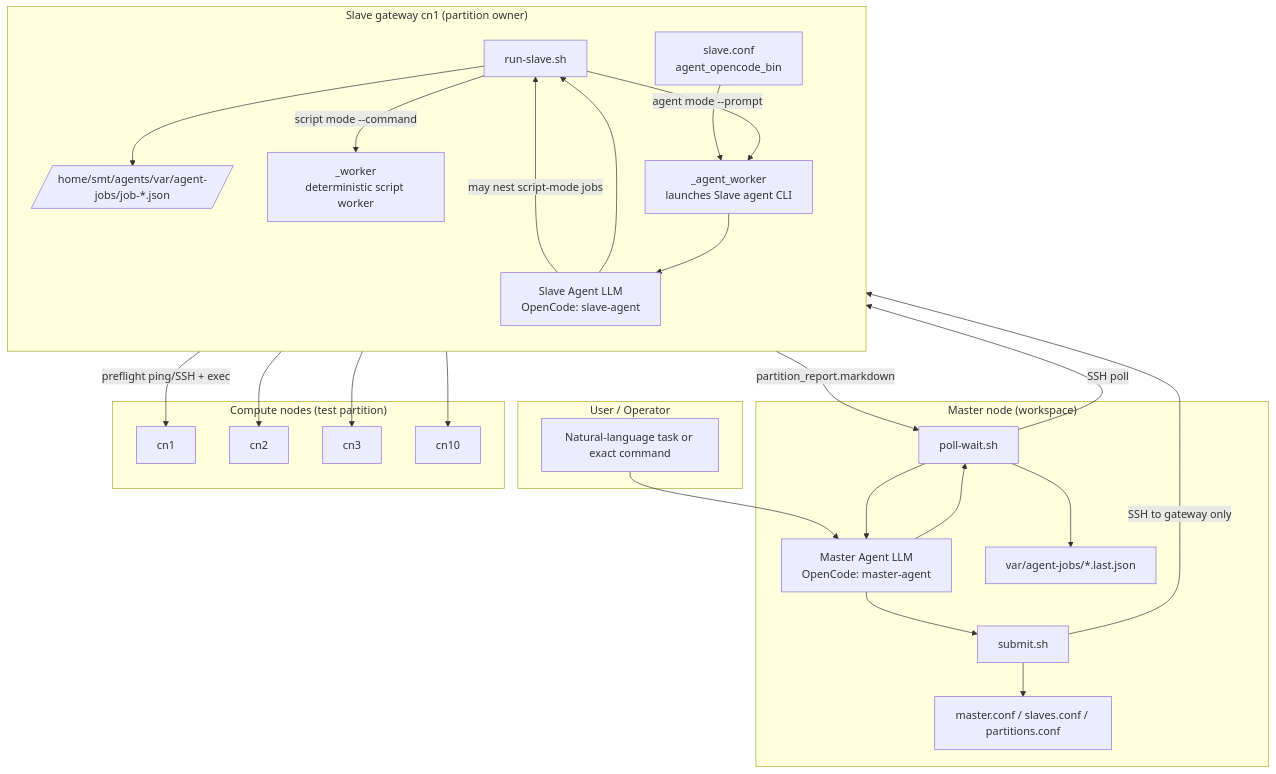
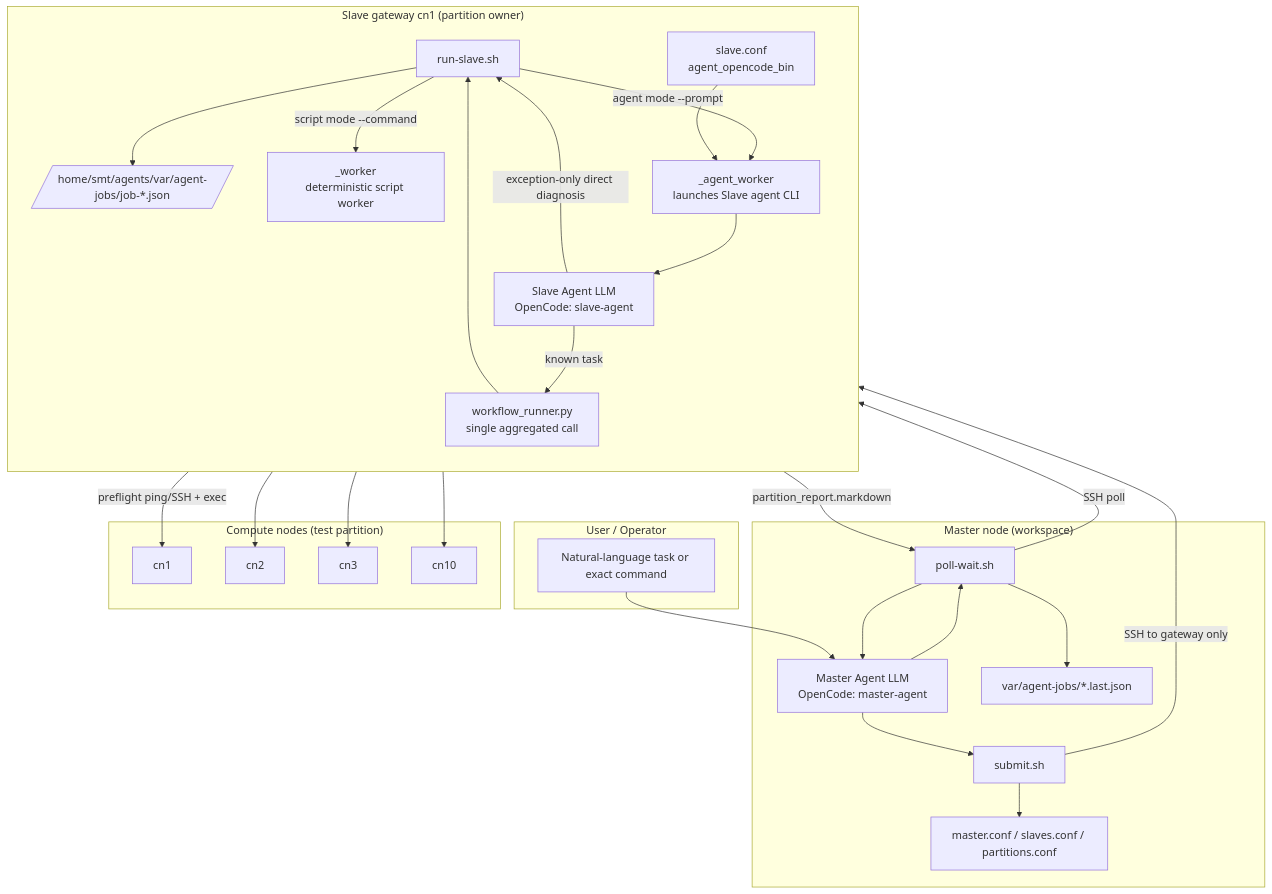
The first of 4 diagrams in docs/architecture.md (voidspiral/ClusterHelm), drawn with Mermaid before and after one commit. The commit also changed other lines of this file and 24 other files, not shown here.

First line of the commit message:
Fix Slave agent happy path to one deterministic workflow call.

````diff
--- a/docs/architecture.md
+++ b/docs/architecture.md
@@ -21,52 +21,54 @@
 ```mermaid
 flowchart TB
   subgraph User["User / Operator"]
     U[Natural-language task or exact command]
   end
 
   subgraph Master["Master node (workspace)"]
     MA["Master Agent LLM<br/>OpenCode: master-agent"]
     MS[submit.sh]
     MP[poll-wait.sh]
     MC[master.conf / slaves.conf / partitions.conf]
     MJ[var/agent-jobs/*.last.json]
     MA --> MS
     MA --> MP
     MS --> MC
     MP --> MJ
   end
 
   subgraph Gateway["Slave gateway cn1 (partition owner)"]
     direction TB
     RS[run-slave.sh]
     SC[slave.conf<br/>agent_opencode_bin]
     SJ[/home/smt/agents/var/agent-jobs/job-*.json/]
     SA["Slave Agent LLM<br/>OpenCode: slave-agent"]
+    WR["workflow_runner.py<br/>single aggregated call"]
     WK["_worker<br/>deterministic script worker"]
     AW["_agent_worker<br/>launches Slave agent CLI"]
     RS --> SJ
     RS -->|script mode --command| WK
     RS -->|agent mode --prompt| AW
     AW --> SA
     SC --> AW
-    SA --> RS
+    SA -->|known task| WR
+    WR --> RS
   end
 
   subgraph Nodes["Compute nodes (test partition)"]
     N1[cn1]
     N2[cn2]
     N3[cn3]
     N10[cn10]
   end
 
   U --> MA
   MS -->|SSH to gateway only| RS
   MP -->|SSH poll| RS
   WK -->|preflight ping/SSH + exec| N1
   WK --> N2
   WK --> N3
   WK --> N10
-  SA -->|may nest script-mode jobs| RS
+  SA -->|exception-only direct diagnosis| RS
   RS -->|partition_report.markdown| MP
   MP --> MA
 ```
````
